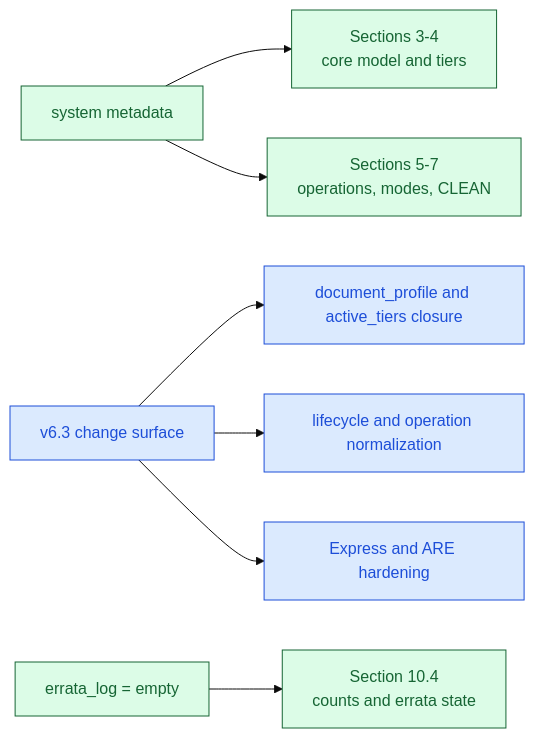
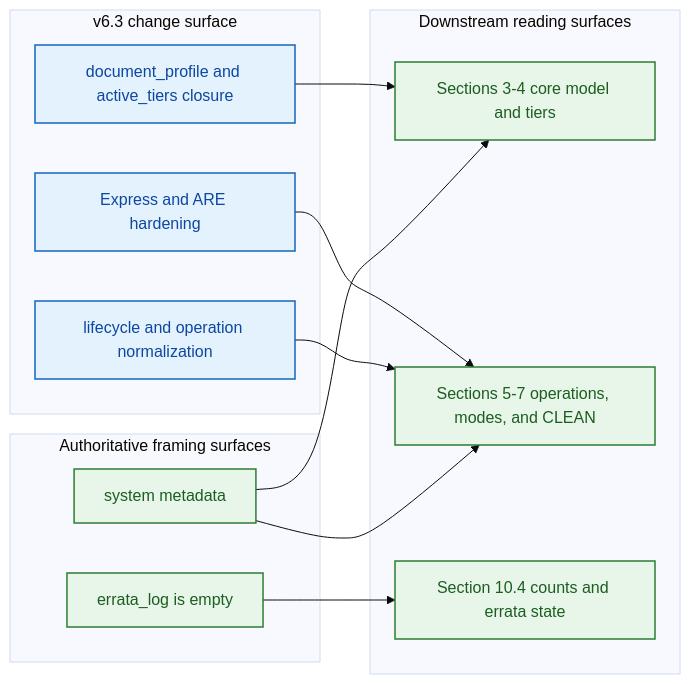
Before and after one commit to formosa/Antigravity: the third of 28 diagrams in .agent/assets/proposals/active/v6.3/ddr_ref_manual_v6.3.md, drawn with Mermaid (base theme). The commit also changed other lines of this file and 76 other files, not shown here.

Commit message:
feat: formalize DDR system v6.2 and v6.3 proposals with issue resolution reports and updated schema definitions.

````diff
--- a/.agent/assets/proposals/active/v6.3/ddr_ref_manual_v6.3.md
+++ b/.agent/assets/proposals/active/v6.3/ddr_ref_manual_v6.3.md
@@ -242,14 +270,31 @@
 ```mermaid
 flowchart LR
-    META["system metadata"] --> CORE["Sections 3-4<br/>core model and tiers"]
-    META --> OPS["Sections 5-7<br/>operations, modes, CLEAN"]
-    CHG["v6.3 change surface"] --> PROF["document_profile and active_tiers closure"]
-    CHG --> LIFE["lifecycle and operation normalization"]
-    CHG --> EXP["Express and ARE hardening"]
-    ERR["errata_log = empty"] --> AUD["Section 10.4<br/>counts and errata state"]
+    accTitle: v6.3 framing surfaces and downstream impact
+    accDescr: Connects system metadata, the v6.3 change surface, and the empty errata log to the later sections they frame.
+    subgraph BASE["Authoritative framing surfaces"]
+        META["system metadata"]
+        ERR["errata_log is empty"]
+    end
+    subgraph CHANGE["v6.3 change surface"]
+        PROF["document_profile and active_tiers closure"]
+        LIFE["lifecycle and operation normalization"]
+        EXP["Express and ARE hardening"]
+    end
+    subgraph DOWN["Downstream reading surfaces"]
+        CORE["Sections 3-4 core model and tiers"]
+        OPS["Sections 5-7 operations, modes, and CLEAN"]
+        AUD["Section 10.4 counts and errata state"]
+    end
 
-    classDef normative fill:#dcfce7,stroke:#166534,color:#166534;
-    classDef schema fill:#dbeafe,stroke:#1d4ed8,color:#1d4ed8;
-    class META,CORE,OPS,ERR,AUD normative;
-    class CHG,PROF,LIFE,EXP schema;
+    META --> CORE
+    META --> OPS
+    PROF --> CORE
+    LIFE --> OPS
+    EXP --> OPS
+    ERR --> AUD
+
+    classDef normative fill:#e8f5e9,stroke:#2e7d32,color:#1b5e20,stroke-width:1.5px;
+    classDef schema fill:#e3f2fd,stroke:#1565c0,color:#0d47a1,stroke-width:1.5px;
+    class META,ERR,CORE,OPS,AUD normative;
+    class PROF,LIFE,EXP schema;
 ```
````
